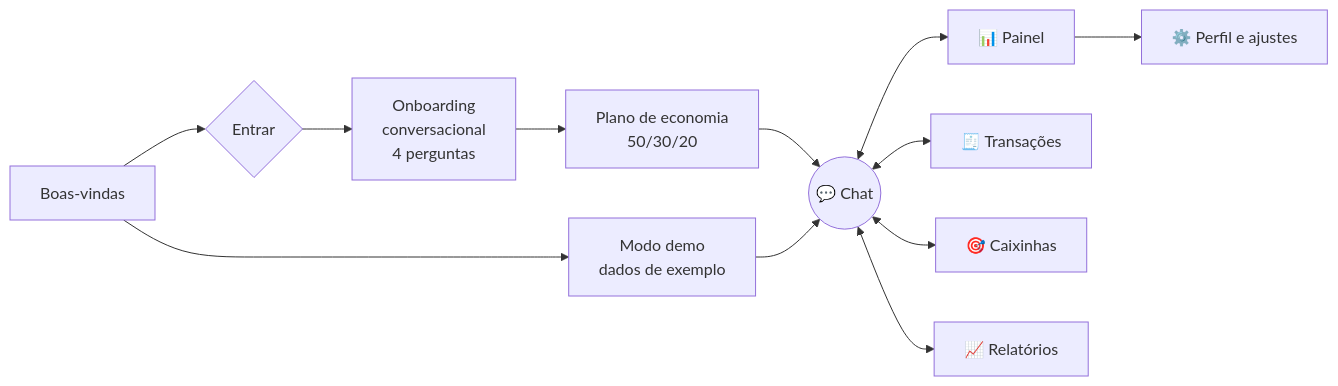
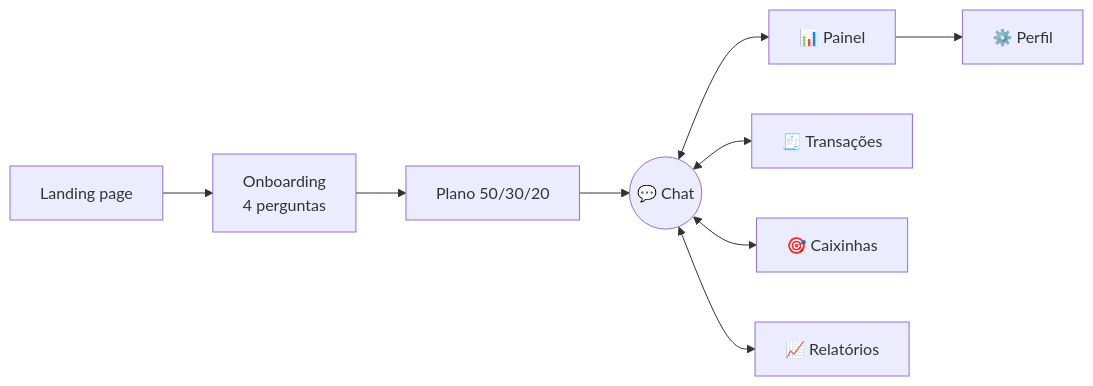
Before and after one commit to DLTechSup/dio-lab-vibe-coding-app-financas: the first of 3 diagrams in README.md, drawn with Mermaid. The commit also changed other lines of this file and 4 other files, not shown here.

````diff
--- a/README.md
+++ b/README.md
@@ -178,14 +133,11 @@
 ```mermaid
 flowchart LR
-    A[Boas-vindas] --> B{Entrar}
-    A --> D[Modo demo<br/>dados de exemplo]
-    B --> C[Onboarding<br/>conversacional<br/>4 perguntas]
-    C --> P[Plano de economia<br/>50/30/20]
+    A[Landing page] --> O[Onboarding<br/>4 perguntas]
+    O --> P[Plano 50/30/20]
     P --> CH((💬 Chat))
-    D --> CH
     CH <--> PA[📊 Painel]
     CH <--> TR[🧾 Transações]
     CH <--> CX[🎯 Caixinhas]
     CH <--> RE[📈 Relatórios]
-    PA --> PF[⚙️ Perfil e ajustes]
+    PA --> PF[⚙️ Perfil]
 ```
````
